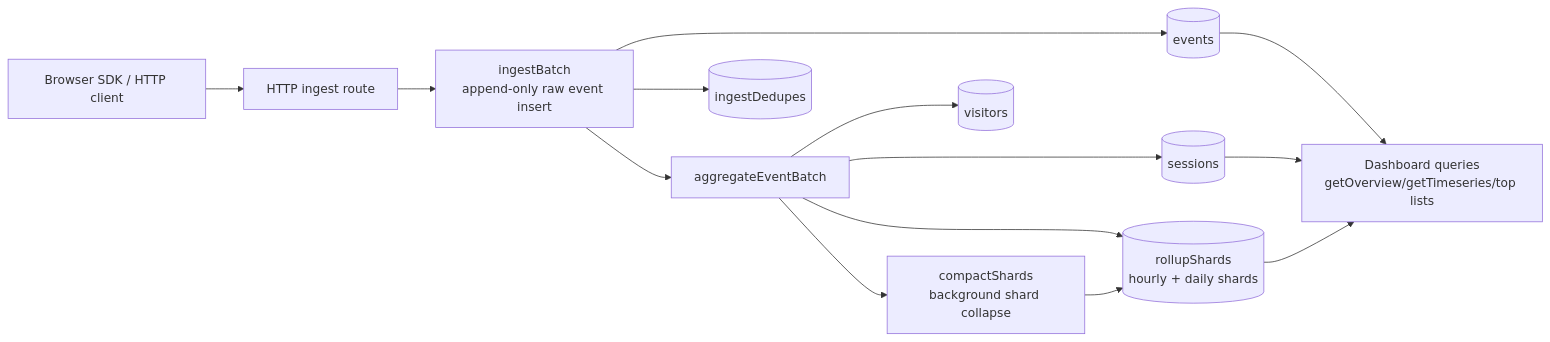
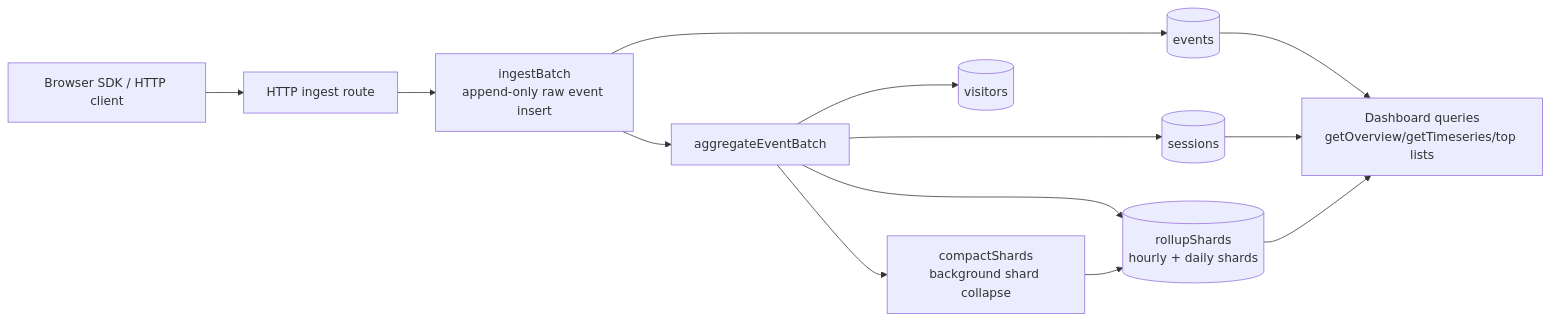
The diagram in README.md (Abdssamie/convex-analytics), drawn with Mermaid before and after one commit. The commit also changed other lines of this file and 21 other files, not shown here.

Commit message:
refactor: remove ingest dedupe flow

````diff
--- a/README.md
+++ b/README.md
@@ -32,16 +31,15 @@
 ```mermaid
 flowchart LR
     Browser["Browser SDK / HTTP client"] --> Http["HTTP ingest route"]
     Http --> Ingest["ingestBatch\nappend-only raw event insert"]
     Ingest --> Events[("events")]
-    Ingest --> Dedupe[("ingestDedupes")]
     Ingest --> Worker["aggregateEventBatch"]
     Worker --> Visitors[("visitors")]
     Worker --> Sessions[("sessions")]
     Worker --> Rollups[("rollupShards\nhourly + daily shards")]
     Worker --> Compaction["compactShards\nbackground shard collapse"]
     Compaction --> Rollups
     Rollups --> Dashboard["Dashboard queries\ngetOverview/getTimeseries/top lists"]
     Events --> Dashboard
     Sessions --> Dashboard
 ```
````
